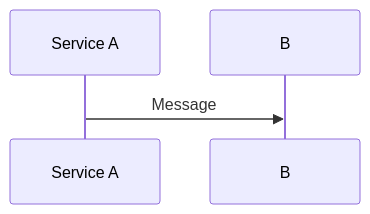
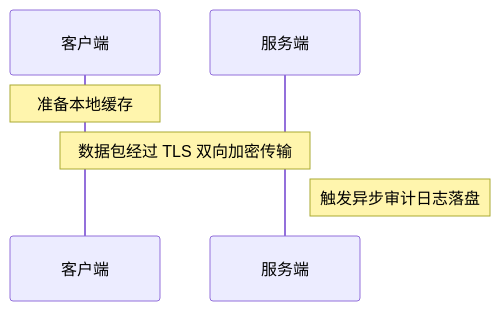
One commit to betterlmy/agent-skills changed the sixth of 6 diagrams in skills/mermaid-diagrams/references/sequence-diagrams.md. Above: the diagram before and after it, drawn with Mermaid. The commit also changed other lines of this file and 46 other files, not shown here.

````diff
--- a/skills/mermaid-diagrams/references/sequence-diagrams.md
+++ b/skills/mermaid-diagrams/references/sequence-diagrams.md
@@ -210,8 +97,9 @@
 ```mermaid
 sequenceDiagram
-    participant A as Service A
-    link A: Dashboard @ https://dashboard.example.com
-    link A: API Docs @ https://docs.example.com
-    
-    A->>B: Message
+    participant A as 客户端
+    participant B as 服务端
+
+    Note over A: 准备本地缓存
+    Note over A,B: 数据包经过 TLS 双向加密传输
+    Note right of B: 触发异步审计日志落盘
 ```
````
